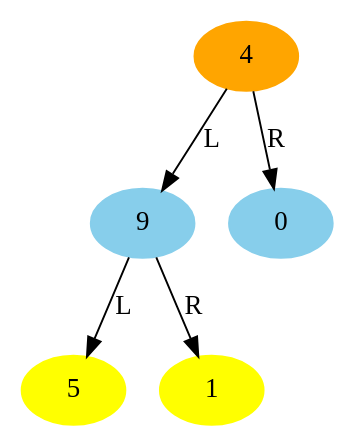
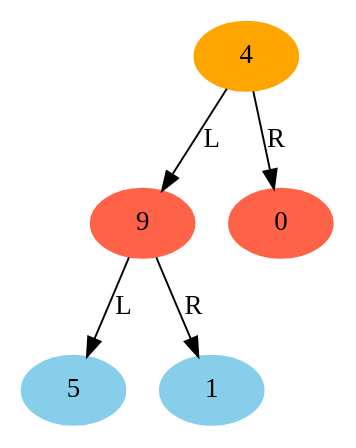
The diagram in btree/output/tree_.gv (Batman001/leetcode_in_python), drawn with Graphviz before and after one commit. The commit also changed 6 other files, not shown here.

```diff
--- a/btree/output/tree_.gv
+++ b/btree/output/tree_.gv
@@ -1,12 +1,12 @@
 // Binary Tree
 digraph {
-	"4f0aefb4-a1aa-11eb-b4b0-1e00da1ed869" [label=4 color=orange style=filled]
-	"4f0af5a4-a1aa-11eb-b4b0-1e00da1ed869" [label=9 color=skyblue style=filled]
-	"4f0aefb4-a1aa-11eb-b4b0-1e00da1ed869" -> "4f0af5a4-a1aa-11eb-b4b0-1e00da1ed869" [label=L]
-	"4f0af6d0-a1aa-11eb-b4b0-1e00da1ed869" [label=5 color=yellow style=filled]
-	"4f0af5a4-a1aa-11eb-b4b0-1e00da1ed869" -> "4f0af6d0-a1aa-11eb-b4b0-1e00da1ed869" [label=L]
-	"4f0af798-a1aa-11eb-b4b0-1e00da1ed869" [label=1 color=yellow style=filled]
-	"4f0af5a4-a1aa-11eb-b4b0-1e00da1ed869" -> "4f0af798-a1aa-11eb-b4b0-1e00da1ed869" [label=R]
-	"4f0af860-a1aa-11eb-b4b0-1e00da1ed869" [label=0 color=skyblue style=filled]
-	"4f0aefb4-a1aa-11eb-b4b0-1e00da1ed869" -> "4f0af860-a1aa-11eb-b4b0-1e00da1ed869" [label=R]
+	"e2d1b8ec-dd29-11ed-bf48-784f439765e1" [label=4 color=orange style=filled]
+	"e2d1c3d2-dd29-11ed-bf48-784f439765e1" [label=9 color=tomato style=filled]
+	"e2d1b8ec-dd29-11ed-bf48-784f439765e1" -> "e2d1c3d2-dd29-11ed-bf48-784f439765e1" [label=L]
+	"e2d1c6c0-dd29-11ed-bf48-784f439765e1" [label=5 color=skyblue style=filled]
+	"e2d1c3d2-dd29-11ed-bf48-784f439765e1" -> "e2d1c6c0-dd29-11ed-bf48-784f439765e1" [label=L]
+	"e2d1c972-dd29-11ed-bf48-784f439765e1" [label=1 color=skyblue style=filled]
+	"e2d1c3d2-dd29-11ed-bf48-784f439765e1" -> "e2d1c972-dd29-11ed-bf48-784f439765e1" [label=R]
+	"e2d1cbb6-dd29-11ed-bf48-784f439765e1" [label=0 color=tomato style=filled]
+	"e2d1b8ec-dd29-11ed-bf48-784f439765e1" -> "e2d1cbb6-dd29-11ed-bf48-784f439765e1" [label=R]
 }
```
